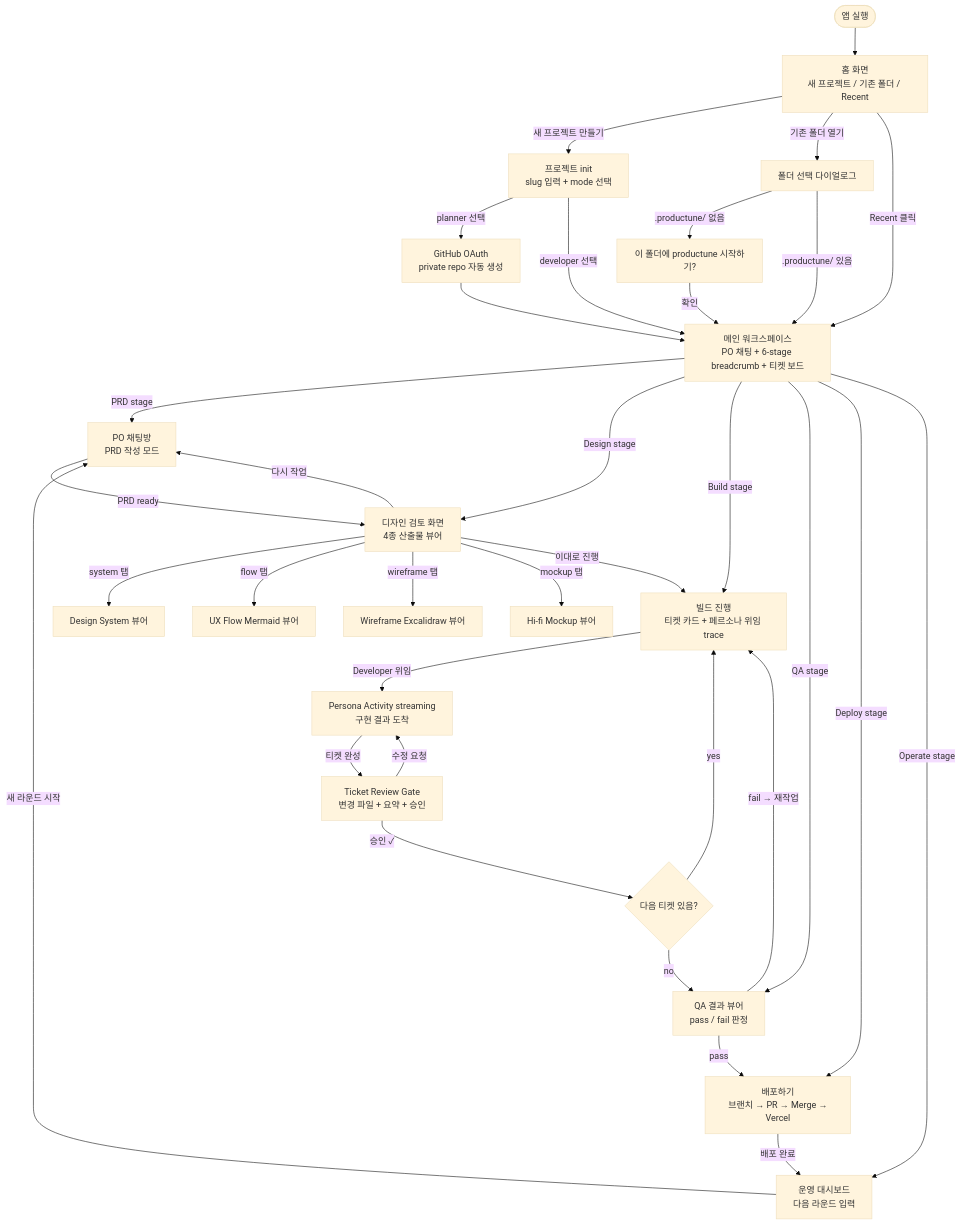
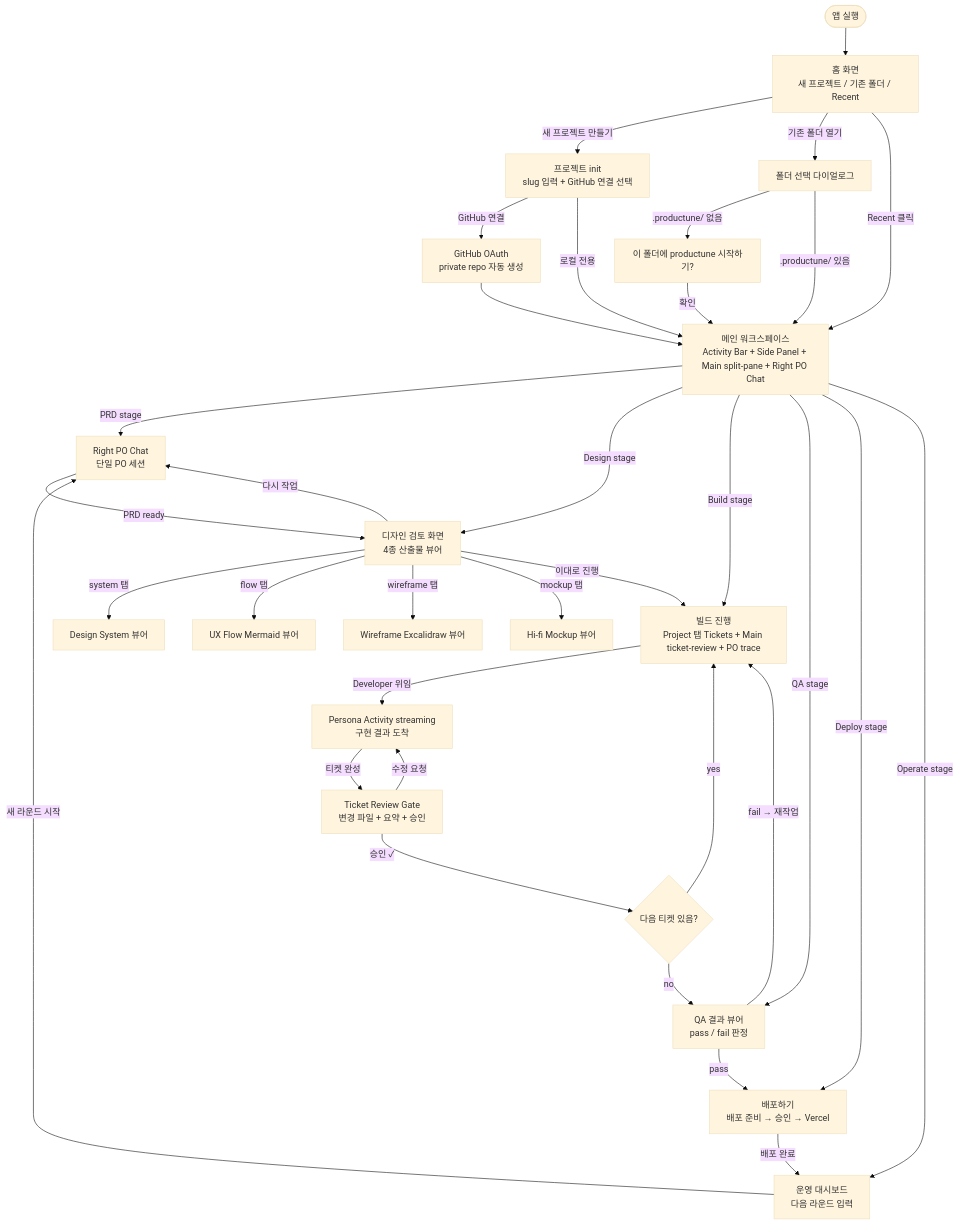
The first of 4 diagrams in docs/design/productune/flow.md (shawn-kim-axz/productune), drawn with Mermaid (base theme) before and after one commit. The commit also changed other lines of this file and 53 other files, not shown here.

````diff
--- a/docs/design/productune/flow.md
+++ b/docs/design/productune/flow.md
@@ -11,47 +11,47 @@
 ```mermaid
 flowchart TD
     LAUNCH([앱 실행]) --> HOME[홈 화면\n새 프로젝트 / 기존 폴더 / Recent]
 
-    HOME -->|새 프로젝트 만들기| INIT[프로젝트 init\nslug 입력 + mode 선택]
+    HOME -->|새 프로젝트 만들기| INIT[프로젝트 init\nslug 입력 + GitHub 연결 선택]
     HOME -->|기존 폴더 열기| PICKER[폴더 선택 다이얼로그]
     HOME -->|Recent 클릭| WORKSPACE
 
-    INIT -->|planner 선택| GITHUB[GitHub OAuth\n private repo 자동 생성]
-    INIT -->|developer 선택| WORKSPACE
+    INIT -->|GitHub 연결| GITHUB[GitHub OAuth\n private repo 자동 생성]
+    INIT -->|로컬 전용| WORKSPACE
     GITHUB --> WORKSPACE
 
     PICKER -->|.productune/ 없음| INIT_PROMPT[이 폴더에 productune 시작하기?]
     PICKER -->|.productune/ 있음| WORKSPACE
     INIT_PROMPT -->|확인| WORKSPACE
 
-    WORKSPACE[메인 워크스페이스\nPO 채팅 + 6-stage breadcrumb + 티켓 보드]
+    WORKSPACE[메인 워크스페이스\nActivity Bar + Side Panel + Main split-pane + Right PO Chat]
 
-    WORKSPACE -->|PRD stage| PRD_CHAT[PO 채팅방\n PRD 작성 모드]
+    WORKSPACE -->|PRD stage| PRD_CHAT[Right PO Chat\n 단일 PO 세션]
     PRD_CHAT -->|PRD ready| DESIGN_GATE
 
     WORKSPACE -->|Design stage| DESIGN_GATE[디자인 검토 화면\n 4종 산출물 뷰어]
     DESIGN_GATE -->|system 탭| SYSTEM_VIEW[Design System 뷰어]
     DESIGN_GATE -->|flow 탭| FLOW_VIEW[UX Flow Mermaid 뷰어]
     DESIGN_GATE -->|wireframe 탭| WF_VIEW[Wireframe Excalidraw 뷰어]
     DESIGN_GATE -->|mockup 탭| MOCKUP_VIEW[Hi-fi Mockup 뷰어]
     DESIGN_GATE -->|이대로 진행| BUILD_STAGE
     DESIGN_GATE -->|다시 작업| PRD_CHAT
 
-    WORKSPACE -->|Build stage| BUILD_STAGE[빌드 진행\n티켓 카드 + 페르소나 위임 trace]
+    WORKSPACE -->|Build stage| BUILD_STAGE[빌드 진행\nProject 탭 Tickets + Main ticket-review + PO trace]
     BUILD_STAGE -->|Developer 위임| PERSONA_TRACE[Persona Activity streaming\n 구현 결과 도착]
     PERSONA_TRACE -->|티켓 완성| TICKET_REVIEW[Ticket Review Gate\n변경 파일 + 요약 + 승인]
     TICKET_REVIEW -->|승인 ✓| NEXT_TICKET{다음 티켓 있음?}
     TICKET_REVIEW -->|수정 요청| PERSONA_TRACE
     NEXT_TICKET -->|yes| BUILD_STAGE
     NEXT_TICKET -->|no| QA_VIEW
 
     WORKSPACE -->|QA stage| QA_VIEW[QA 결과 뷰어\n pass / fail 판정]
     QA_VIEW -->|fail → 재작업| BUILD_STAGE
     QA_VIEW -->|pass| DEPLOY_VIEW
 
-    WORKSPACE -->|Deploy stage| DEPLOY_VIEW[배포하기\n 브랜치 → PR → Merge → Vercel]
+    WORKSPACE -->|Deploy stage| DEPLOY_VIEW[배포하기\n 배포 준비 → 승인 → Vercel]
     DEPLOY_VIEW -->|배포 완료| OPERATE_VIEW
 
     WORKSPACE -->|Operate stage| OPERATE_VIEW[운영 대시보드\n 다음 라운드 입력]
     OPERATE_VIEW -->|새 라운드 시작| PRD_CHAT
 ```
````
